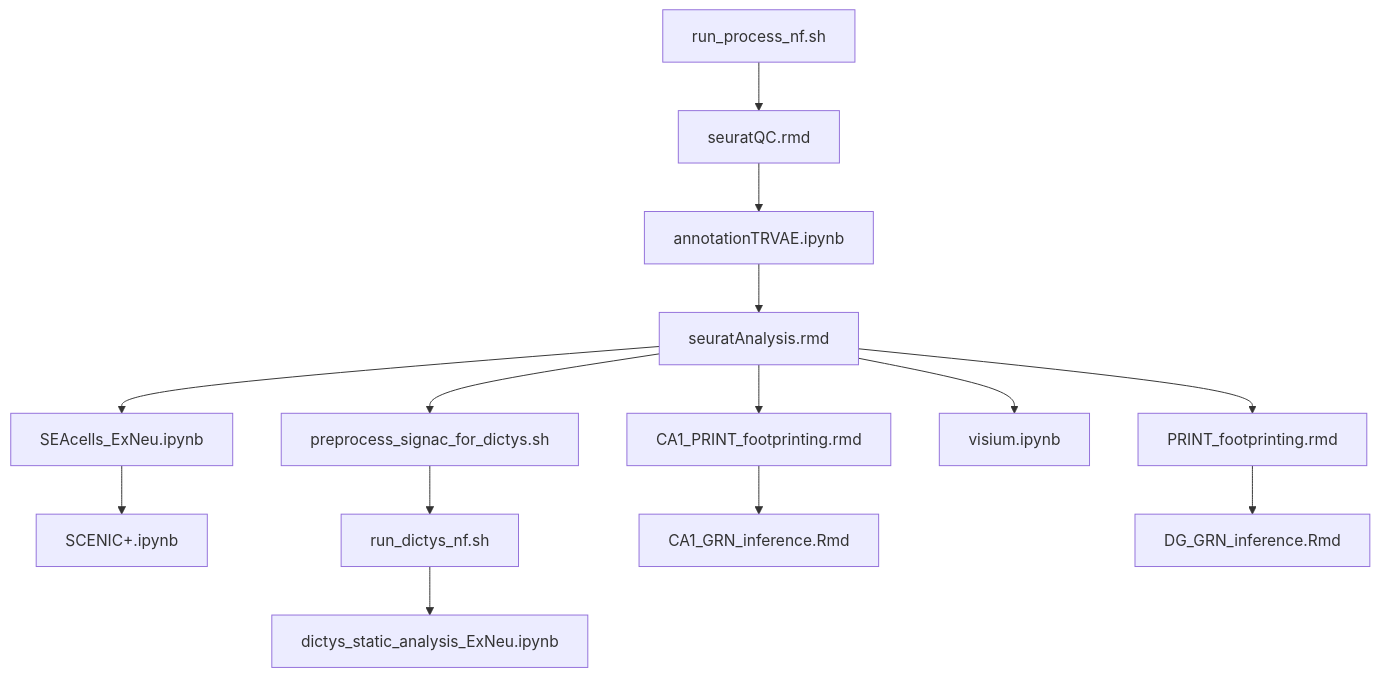
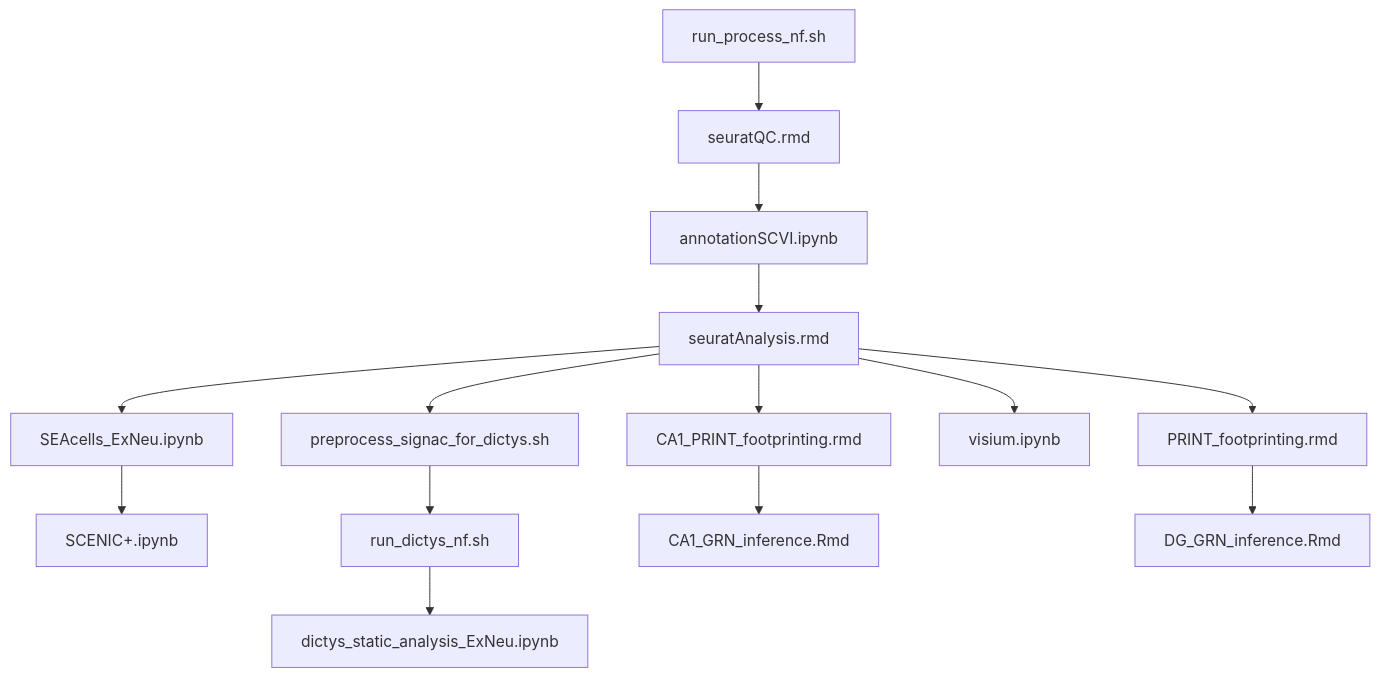
The diagram in README.md (AndyCGraham/thesis), drawn with Mermaid before and after one commit. The commit also changed other lines of this file, not shown here.

Commit message:
fix:updated filepaths

````diff
--- a/README.md
+++ b/README.md
@@ -33,16 +33,16 @@
 ```mermaid
     graph TD;
         A[run_process_nf.sh] --> B[seuratQC.rmd];
-        B --> C[annotationTRVAE.ipynb];
+        B --> C[annotationSCVI.ipynb];
         C --> D[seuratAnalysis.rmd];
         D --> E[PRINT_footprinting.rmd];
         D --> F[CA1_PRINT_footprinting.rmd];
         D --> G[SEAcells_ExNeu.ipynb];
         D --> H[visium.ipynb];
         D --> I[preprocess_signac_for_dictys.sh];
         G --> J[SCENIC+.ipynb];
         I --> K[run_dictys_nf.sh];
         F --> L[CA1_GRN_inference.Rmd];
         E --> M[DG_GRN_inference.Rmd];
         K --> N[dictys_static_analysis_ExNeu.ipynb]
 ```
````
